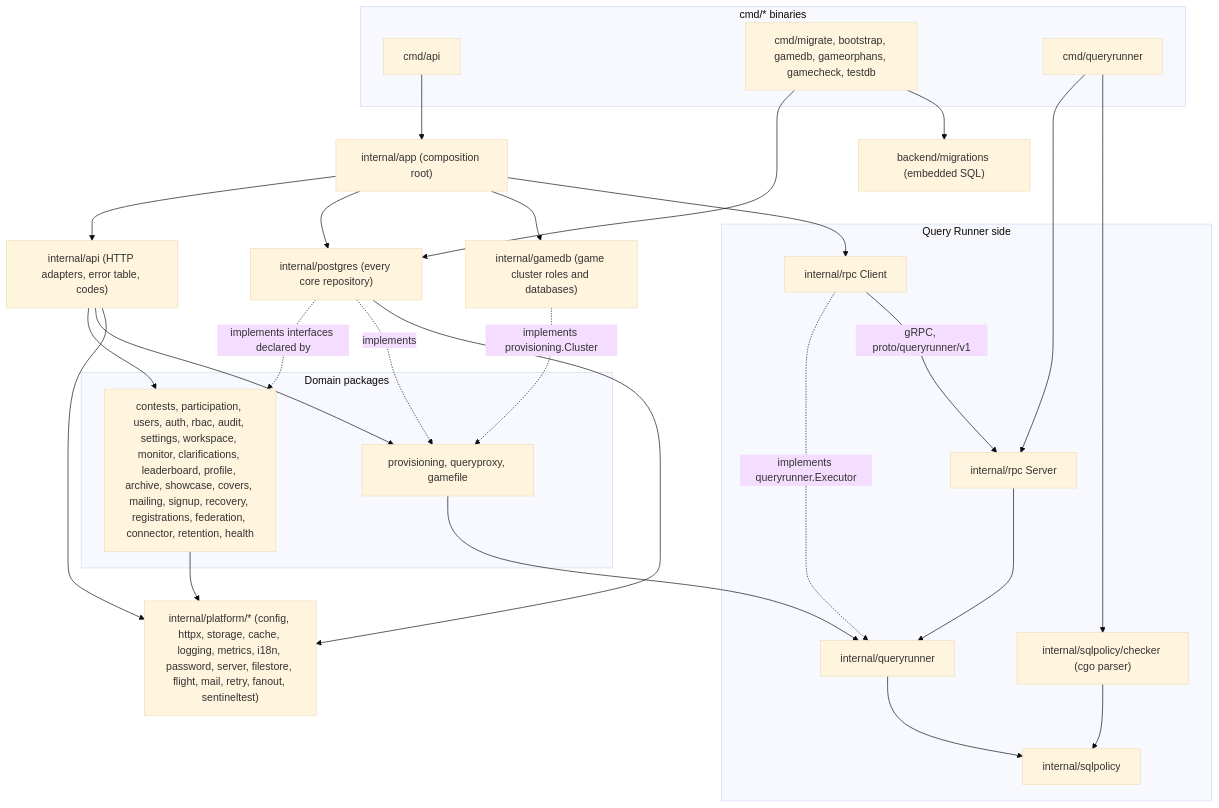
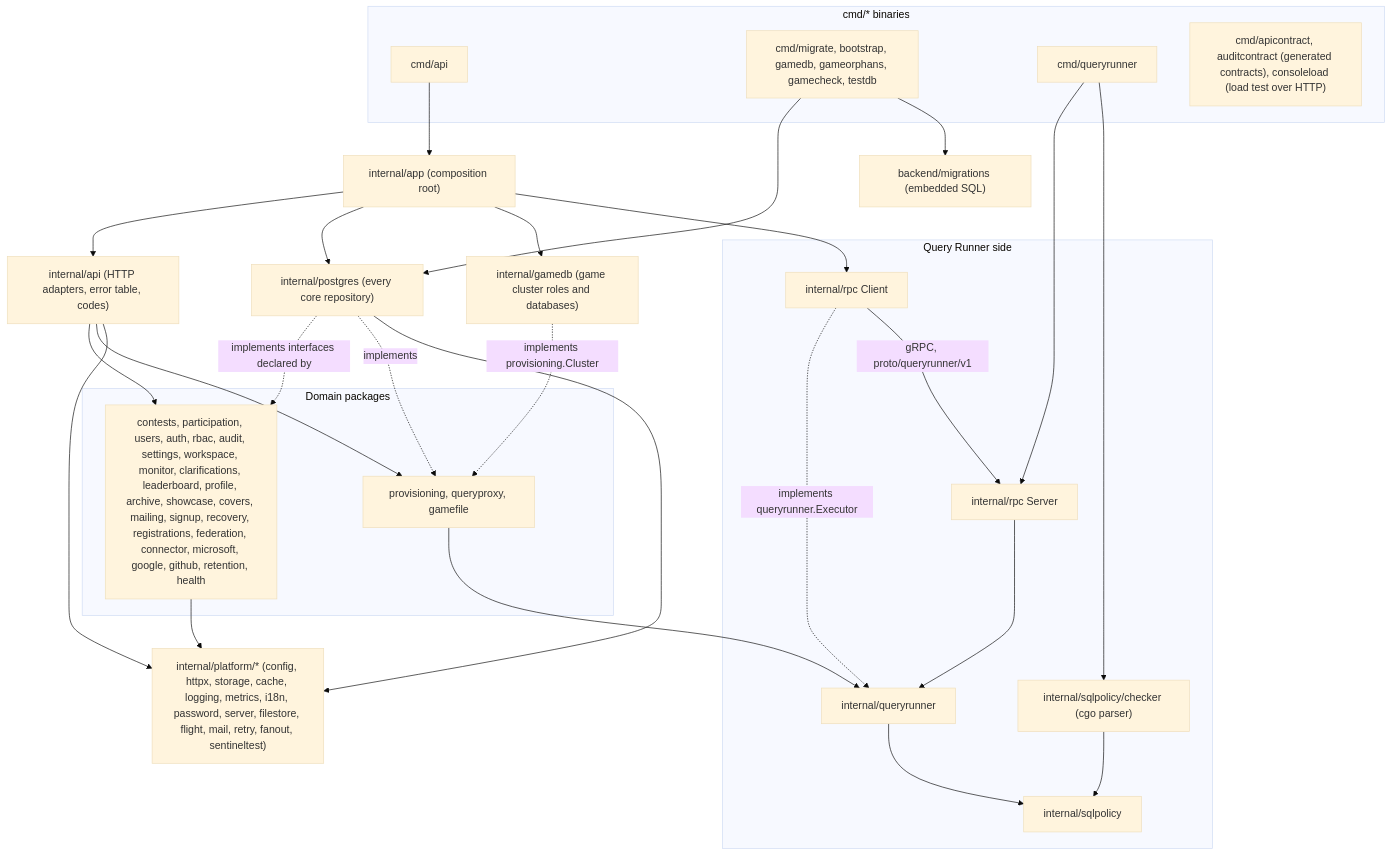
The diagram in docs/guide/04-backend.md (devrdn/olymp-db-platform), drawn with Mermaid (base theme) before and after one commit. The commit also changed other lines of this file, not shown here.

Commit message:
docs(guide): name all six domain-owned budgets and finish the package map

````diff
--- a/docs/guide/04-backend.md
+++ b/docs/guide/04-backend.md
@@ -38,54 +38,55 @@
 ```mermaid
 flowchart TB
   subgraph bins["cmd/* binaries"]
     cmdapi["cmd/api"]
     cmdjobs["cmd/migrate, bootstrap, gamedb, gameorphans, gamecheck, testdb"]
     cmdqr["cmd/queryrunner"]
+    cmdtools["cmd/apicontract, auditcontract (generated contracts), consoleload (load test over HTTP)"]
   end
 
   app["internal/app (composition root)"]
   api["internal/api (HTTP adapters, error table, codes)"]
 
   subgraph domain["Domain packages"]
-    dom["contests, participation, users, auth, rbac, audit, settings, workspace, monitor, clarifications, leaderboard, profile, archive, showcase, covers, mailing, signup, recovery, registrations, federation, connector, retention, health"]
+    dom["contests, participation, users, auth, rbac, audit, settings, workspace, monitor, clarifications, leaderboard, profile, archive, showcase, covers, mailing, signup, recovery, registrations, federation, connector, microsoft, google, github, retention, health"]
     game["provisioning, queryproxy, gamefile"]
   end
 
   pg["internal/postgres (every core repository)"]
   gamedb["internal/gamedb (game cluster roles and databases)"]
   mig["backend/migrations (embedded SQL)"]
 
   subgraph runner["Query Runner side"]
     client["internal/rpc Client"]
     server["internal/rpc Server"]
     qr["internal/queryrunner"]
     sp["internal/sqlpolicy"]
     chk["internal/sqlpolicy/checker (cgo parser)"]
   end
 
   platform["internal/platform/* (config, httpx, storage, cache, logging, metrics, i18n, password, server, filestore, flight, mail, retry, fanout, sentineltest)"]
 
   cmdapi --> app
   app --> api
   app --> pg
   app --> gamedb
   app --> client
   api --> dom
   api --> game
   pg -.->|"implements interfaces declared by"| dom
   pg -.->|"implements"| game
   gamedb -.->|"implements provisioning.Cluster"| game
   game --> qr
   client -.->|"implements queryrunner.Executor"| qr
   client -->|"gRPC, proto/queryrunner/v1"| server
   cmdqr --> server
   cmdqr --> chk
   server --> qr
   qr --> sp
   chk --> sp
   cmdjobs --> pg
   cmdjobs --> mig
   dom --> platform
   api --> platform
   pg --> platform
 ```
````
